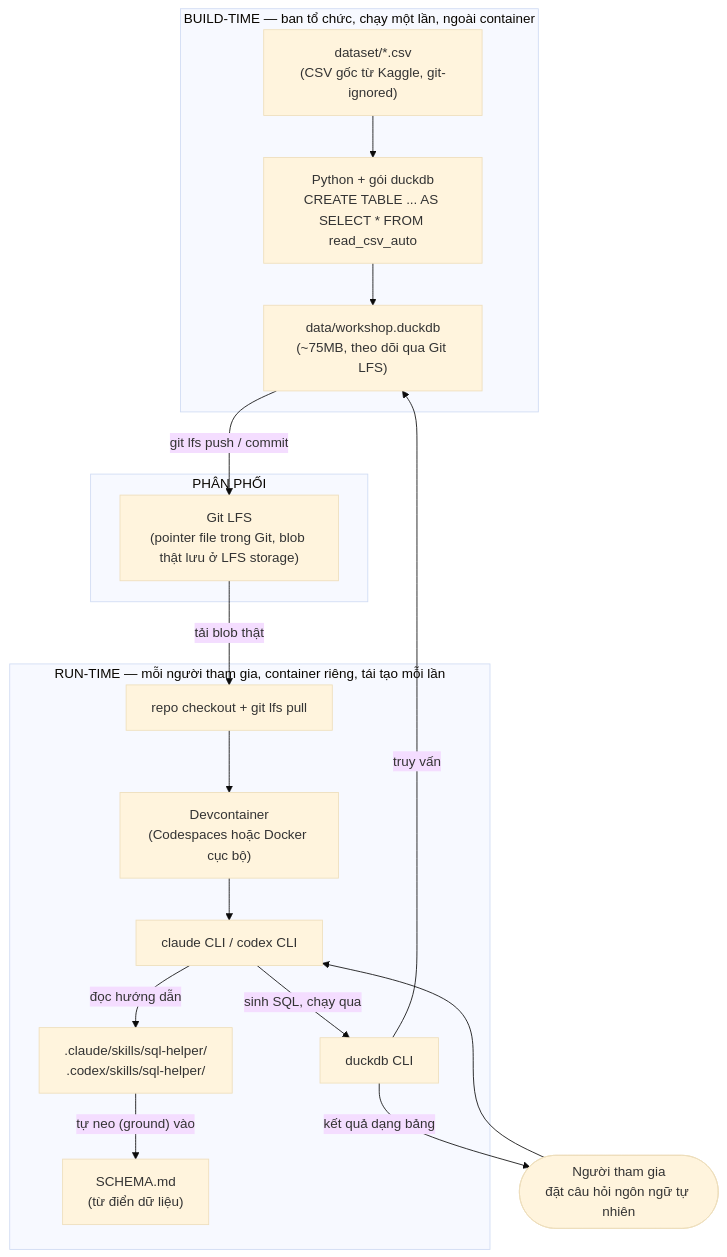
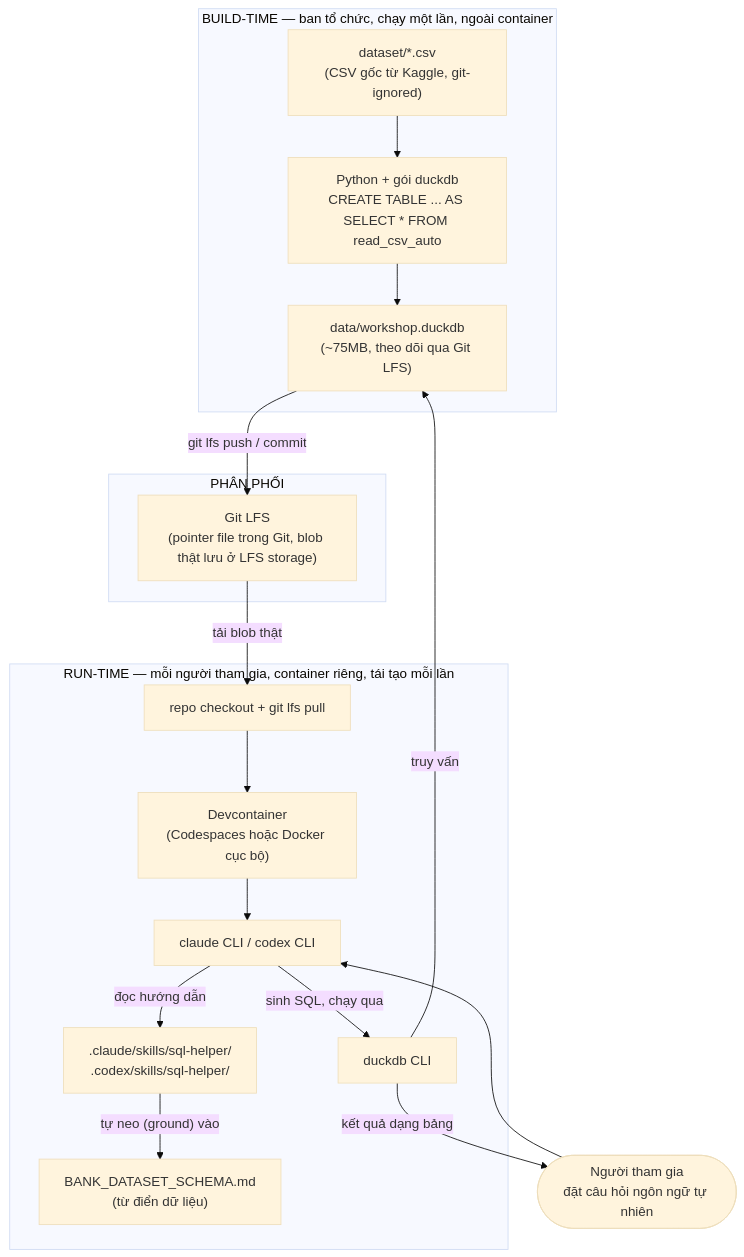
One commit to QuanPham99/CB_Txt2Sql changed the first of 3 diagrams in docs/architecture/ARCHITECTURE.md. Above: the diagram before and after it, drawn with Mermaid (base theme). The commit also changed other lines of this file and 11 other files, not shown here.

````diff
--- a/docs/architecture/ARCHITECTURE.md
+++ b/docs/architecture/ARCHITECTURE.md
@@ -20,33 +20,33 @@
 ```mermaid
 flowchart TB
     subgraph build["BUILD-TIME — ban tổ chức, chạy một lần, ngoài container"]
         csv["dataset/*.csv\n(CSV gốc từ Kaggle, git-ignored)"]
         script["Python + gói duckdb\nCREATE TABLE ... AS SELECT * FROM read_csv_auto"]
         db["data/workshop.duckdb\n(~75MB, theo dõi qua Git LFS)"]
         csv --> script --> db
     end
 
     subgraph distribute["PHÂN PHỐI"]
         lfs["Git LFS\n(pointer file trong Git, blob thật lưu ở LFS storage)"]
         db -->|"git lfs push / commit"| lfs
     end
 
     subgraph runtime["RUN-TIME — mỗi người tham gia, container riêng, tái tạo mỗi lần"]
         checkout["repo checkout + git lfs pull"]
         container["Devcontainer\n(Codespaces hoặc Docker cục bộ)"]
         skills[".claude/skills/sql-helper/\n.codex/skills/sql-helper/"]
-        schema["SCHEMA.md\n(từ điển dữ liệu)"]
+        schema["BANK_DATASET_SCHEMA.md\n(từ điển dữ liệu)"]
         clis["claude CLI  /  codex CLI"]
         duckcli["duckdb CLI"]
 
         lfs -->|"tải blob thật"| checkout --> container
         container --> clis
         clis -->|"đọc hướng dẫn"| skills
         skills -->|"tự neo (ground) vào"| schema
         clis -->|"sinh SQL, chạy qua"| duckcli
         duckcli -->|"truy vấn"| db
     end
 
     user(["Người tham gia\nđặt câu hỏi ngôn ngữ tự nhiên"]) --> clis
     duckcli -->|"kết quả dạng bảng"| user
 ```
````
